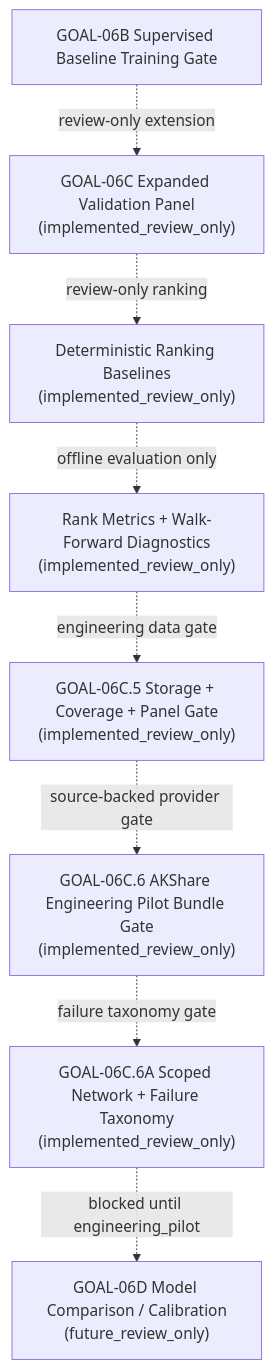
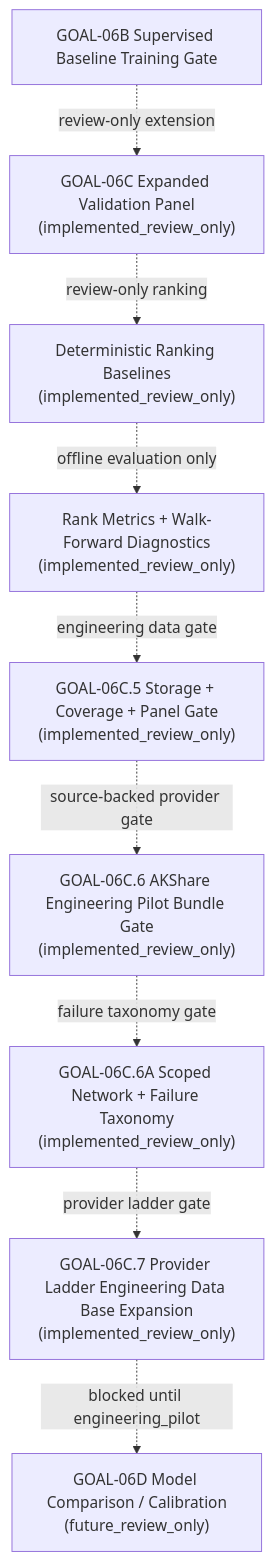
One commit to RyanLu0203/A_share_premarket_core changed the second of 2 diagrams in README.md. Above: the diagram before and after it, drawn with Mermaid. The commit also changed other lines of this file and 119 other files, not shown here.

Commit message:
Add GOAL-06C.7 provider ladder gate

````diff
--- a/README.md
+++ b/README.md
@@ -69,10 +72,11 @@
 ```mermaid
 flowchart TD
     A["GOAL-06B Supervised Baseline Training Gate"] -. "review-only extension" .-> B["GOAL-06C Expanded Validation Panel<br/>(implemented_review_only)"]
     B -. "review-only ranking" .-> C["Deterministic Ranking Baselines<br/>(implemented_review_only)"]
     C -. "offline evaluation only" .-> D["Rank Metrics + Walk-Forward Diagnostics<br/>(implemented_review_only)"]
     D -. "engineering data gate" .-> E["GOAL-06C.5 Storage + Coverage + Panel Gate<br/>(implemented_review_only)"]
     E -. "source-backed provider gate" .-> G["GOAL-06C.6 AKShare Engineering Pilot Bundle Gate<br/>(implemented_review_only)"]
     G -. "failure taxonomy gate" .-> H["GOAL-06C.6A Scoped Network + Failure Taxonomy<br/>(implemented_review_only)"]
-    H -. "blocked until engineering_pilot" .-> F["GOAL-06D Model Comparison / Calibration<br/>(future_review_only)"]
+    H -. "provider ladder gate" .-> I["GOAL-06C.7 Provider Ladder Engineering Data Base Expansion<br/>(implemented_review_only)"]
+    I -. "blocked until engineering_pilot" .-> F["GOAL-06D Model Comparison / Calibration<br/>(future_review_only)"]
 ```
````
